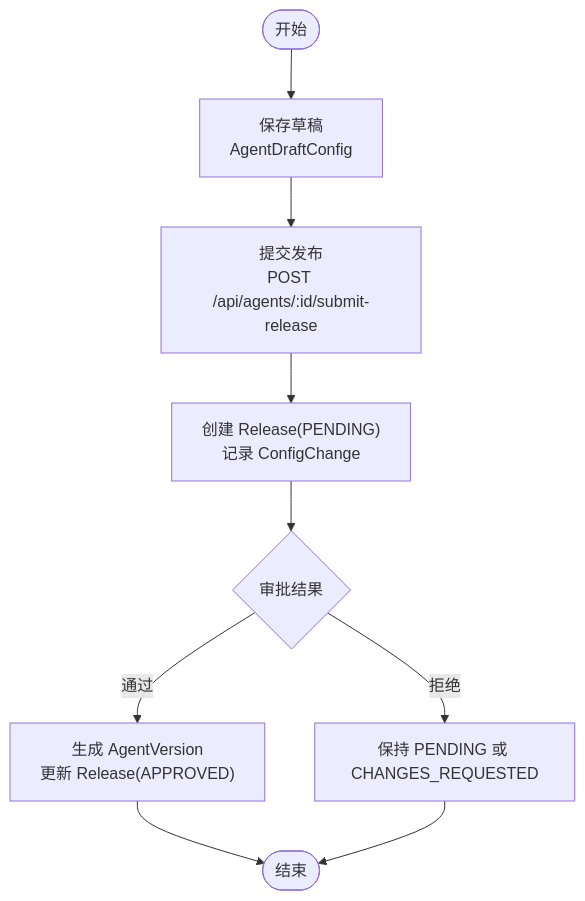
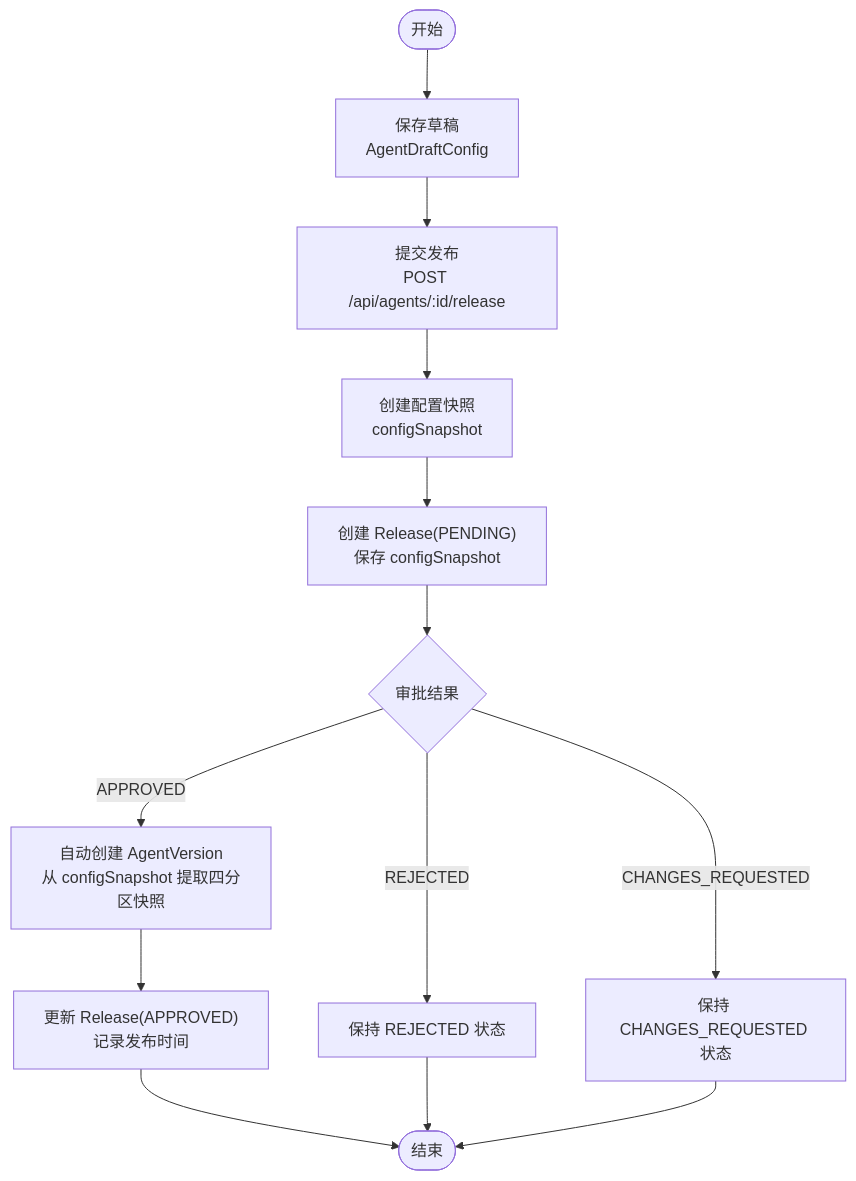
The fifth of 6 diagrams in .qoder/repowiki/zh/content/功能模块/版本控制.md (ai-guru-global/agent-up), drawn with Mermaid before and after one commit. The commit also changed other lines of this file and 57 other files, not shown here.

````diff
--- a/.qoder/repowiki/zh/content/功能模块/版本控制.md
+++ b/.qoder/repowiki/zh/content/功能模块/版本控制.md
@@ -280,11 +223,15 @@
 ```mermaid
 flowchart TD
 Start(["开始"]) --> Draft["保存草稿<br/>AgentDraftConfig"]
-Draft --> Submit["提交发布<br/>POST /api/agents/:id/submit-release"]
-Submit --> CreateRelease["创建 Release(PENDING)<br/>记录 ConfigChange"]
+Draft --> Submit["提交发布<br/>POST /api/agents/:id/release"]
+Submit --> CreateSnapshot["创建配置快照<br/>configSnapshot"]
+CreateSnapshot --> CreateRelease["创建 Release(PENDING)<br/>保存 configSnapshot"]
 CreateRelease --> Review{"审批结果"}
-Review --> |通过| Publish["生成 AgentVersion<br/>更新 Release(APPROVED)"]
-Review --> |拒绝| Reject["保持 PENDING 或 CHANGES_REQUESTED"]
+Review --> |APPROVED| AutoCreate["自动创建 AgentVersion<br/>从 configSnapshot 提取四分区快照"]
+Review --> |REJECTED| Reject["保持 REJECTED 状态"]
+Review --> |CHANGES_REQUESTED| RequestChanges["保持 CHANGES_REQUESTED 状态"]
+AutoCreate --> Publish["更新 Release(APPROVED)<br/>记录发布时间"]
 Publish --> End(["结束"])
 Reject --> End
+RequestChanges --> End
 ```
````
